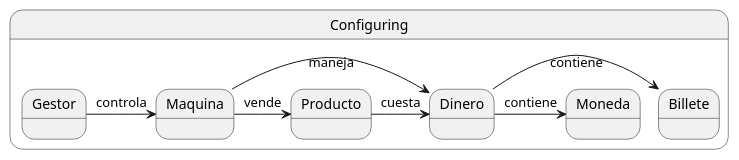
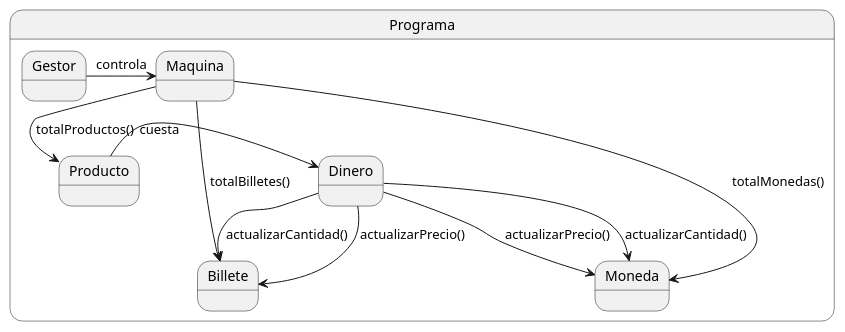
The diagram in Grupo2/diagrama-de-colaboracion/diagrama-colaboracion.plantuml (mmasias/IdSw2-22-23), drawn with PlantUML before and after one commit.

```diff
--- a/Grupo2/diagrama-de-colaboracion/diagrama-colaboracion.plantuml
+++ b/Grupo2/diagrama-de-colaboracion/diagrama-colaboracion.plantuml
@@ -1,13 +1,18 @@
-@startuml 
-state Configuring {
+@startuml
+state Programa{
+  
 Gestor -> Maquina : controla
 
-Maquina -> Dinero : maneja
-Maquina -> Producto : vende
+Maquina ---> Billete : totalBilletes()
+Maquina ---> Moneda : totalMonedas()
+Maquina --> Producto : totalProductos()
 
-Dinero -> Billete : contiene
-Dinero -> Moneda : contiene
+Dinero --> Billete : actualizarPrecio()
+Dinero --> Billete : actualizarCantidad()
+Dinero --> Moneda : actualizarPrecio()
+Dinero --> Moneda : actualizarCantidad()
 
 Producto -> Dinero: cuesta
+
 }
 @enduml
```
